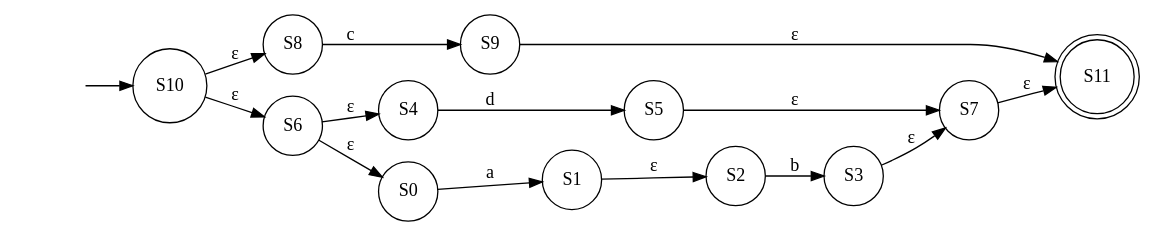
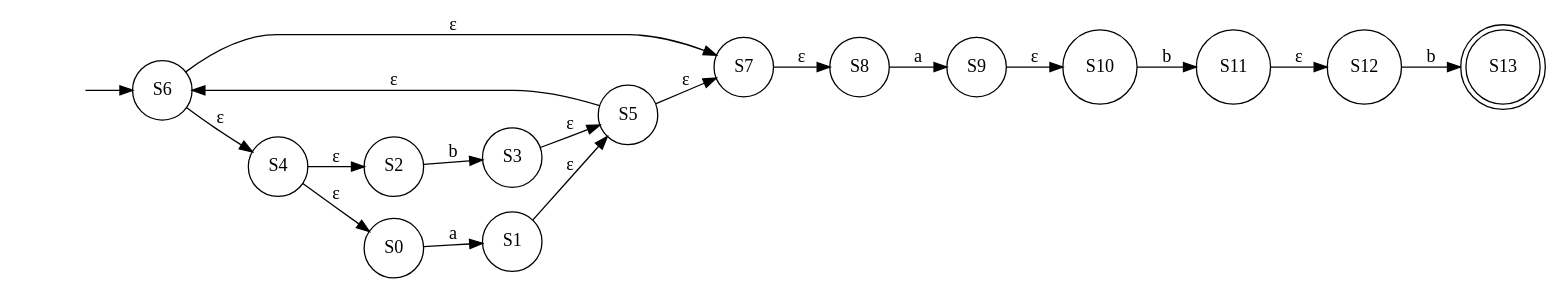
Before and after one commit to youssefhassan01/Compilers_Assignment: the diagram in NFA.gv, drawn with Graphviz. The commit also changed 3 other files, not shown here.

```diff
--- a/NFA.gv
+++ b/NFA.gv
@@ -1,30 +1,35 @@
 digraph NFA {
 	graph [rankdir=LR]
 	"" [label="" shape=plaintext]
-	S11 [label=S11 shape=doublecircle]
+	S13 [label=S13 shape=doublecircle]
+	S0 [label=S0 shape=circle]
+	S12 [label=S12 shape=circle]
+	S1 [label=S1 shape=circle]
+	S7 [label=S7 shape=circle]
+	S2 [label=S2 shape=circle]
+	S9 [label=S9 shape=circle]
+	S4 [label=S4 shape=circle]
+	S11 [label=S11 shape=circle]
+	S5 [label=S5 shape=circle]
 	S8 [label=S8 shape=circle]
-	S7 [label=S7 shape=circle]
-	S4 [label=S4 shape=circle]
 	S10 [label=S10 shape=circle]
-	S9 [label=S9 shape=circle]
-	S1 [label=S1 shape=circle]
-	S2 [label=S2 shape=circle]
+	S3 [label=S3 shape=circle]
 	S6 [label=S6 shape=circle]
-	S3 [label=S3 shape=circle]
-	S0 [label=S0 shape=circle]
-	S5 [label=S5 shape=circle]
-	"" -> S10 [label=""]
+	"" -> S6 [label=""]
 	S0 -> S1 [label=a]
-	S1 -> S2 [label="ε"]
+	S1 -> S5 [label="ε"]
 	S2 -> S3 [label=b]
-	S3 -> S7 [label="ε"]
-	S4 -> S5 [label=d]
+	S3 -> S5 [label="ε"]
+	S4 -> S0 [label="ε"]
+	S4 -> S2 [label="ε"]
 	S5 -> S7 [label="ε"]
-	S6 -> S0 [label="ε"]
+	S5 -> S6 [label="ε"]
+	S6 -> S7 [label="ε"]
 	S6 -> S4 [label="ε"]
-	S7 -> S11 [label="ε"]
-	S8 -> S9 [label=c]
-	S9 -> S11 [label="ε"]
-	S10 -> S8 [label="ε"]
-	S10 -> S6 [label="ε"]
+	S7 -> S8 [label="ε"]
+	S8 -> S9 [label=a]
+	S9 -> S10 [label="ε"]
+	S10 -> S11 [label=b]
+	S11 -> S12 [label="ε"]
+	S12 -> S13 [label=b]
 }
```
